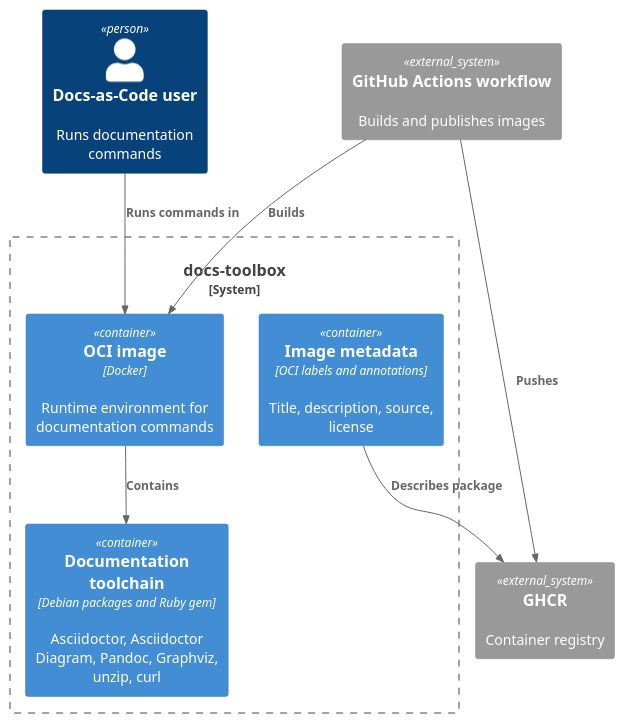
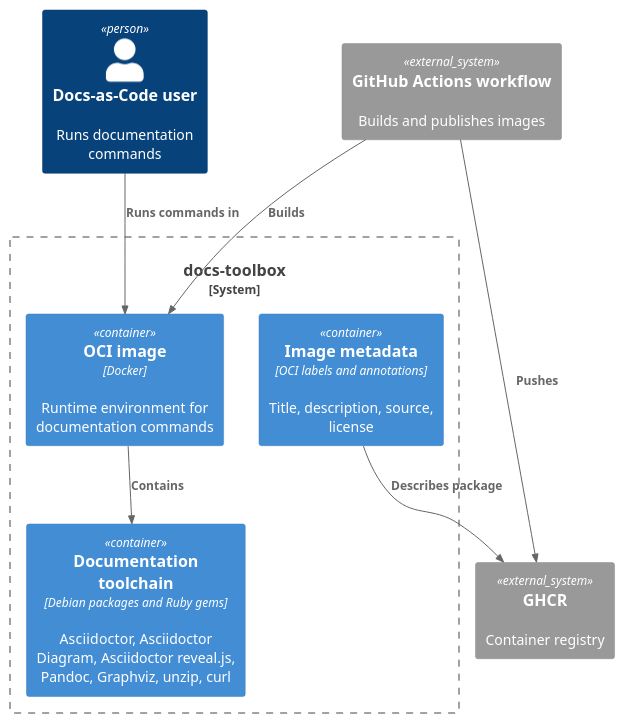
Before and after one commit to docs-as-code-toolkit/docs-toolbox: the diagram in src/docs/arc42/05-building-block-view/doc-05001-level-1.adoc, drawn with PlantUML. The commit also changed other lines of this file and 11 other files, not shown here.

```diff
--- a/src/docs/arc42/05-building-block-view/doc-05001-level-1.adoc
+++ b/src/docs/arc42/05-building-block-view/doc-05001-level-1.adoc
@@ -30,21 +30,21 @@
 [plantuml, docs-toolbox-building-blocks, svg]
 ----
 @startuml
 !include <C4/C4_Container>
 
 Person(user, "Docs-as-Code user", "Runs documentation commands")
 System_Boundary(toolbox, "docs-toolbox") {
   Container(image, "OCI image", "Docker", "Runtime environment for documentation commands")
-  Container(toolchain, "Documentation toolchain", "Debian packages and Ruby gem", "Asciidoctor, Asciidoctor Diagram, Pandoc, Graphviz, unzip, curl")
+  Container(toolchain, "Documentation toolchain", "Debian packages and Ruby gems", "Asciidoctor, Asciidoctor Diagram, Asciidoctor reveal.js, Pandoc, Graphviz, unzip, curl")
   Container(metadata, "Image metadata", "OCI labels and annotations", "Title, description, source, license")
 }
 System_Ext(ghcr, "GHCR", "Container registry")
 System_Ext(workflow, "GitHub Actions workflow", "Builds and publishes images")
 
 Rel(user, image, "Runs commands in")
 Rel(image, toolchain, "Contains")
 Rel(workflow, image, "Builds")
 Rel(workflow, ghcr, "Pushes")
 Rel(metadata, ghcr, "Describes package")
 @enduml
 ----
```
